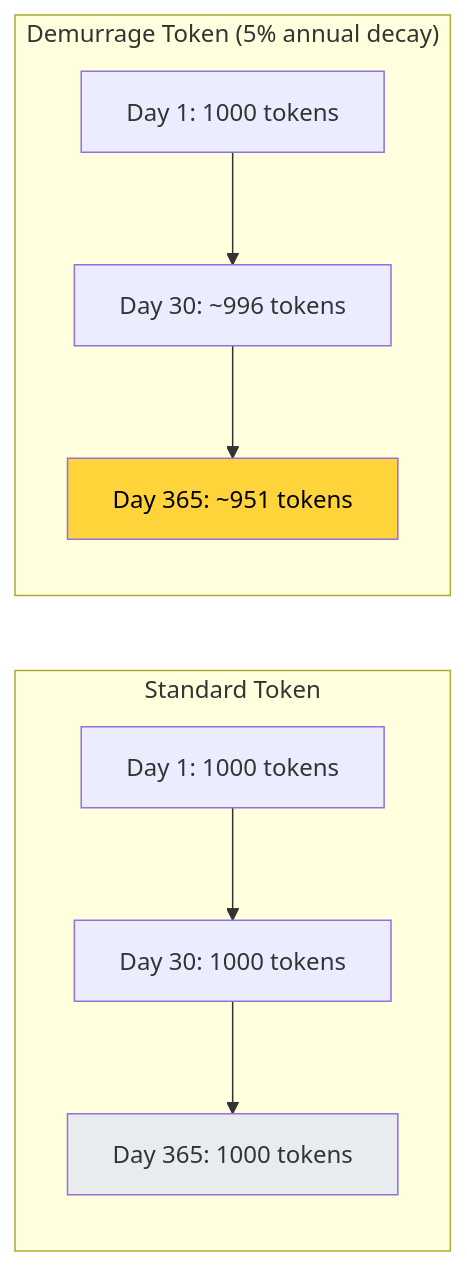
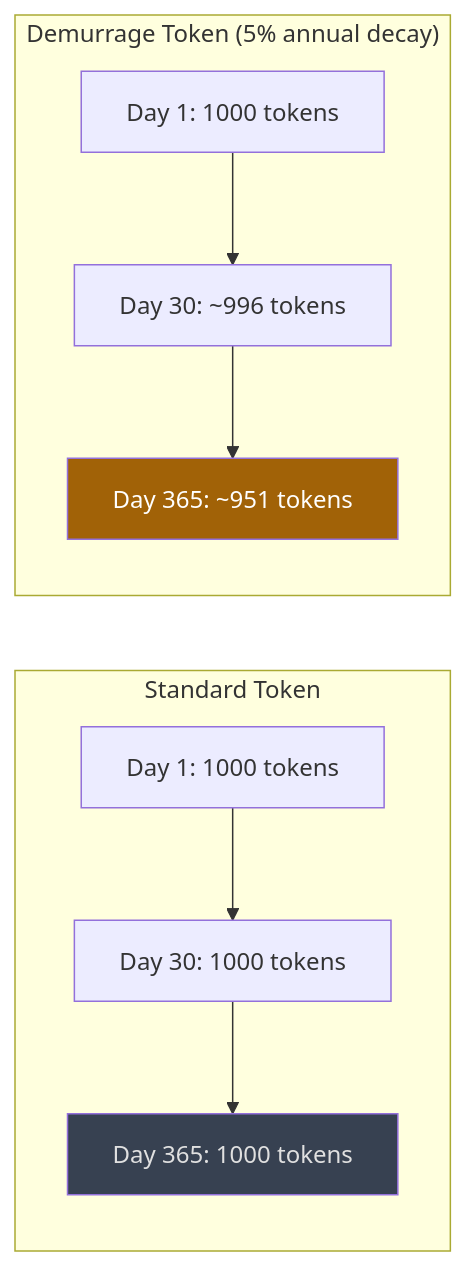
One commit to backproto/backproto changed diagram 13 of 16 in website/explainer.md. Above: the diagram before and after it, drawn with Mermaid. The commit also changed other lines of this file and 7 other files, not shown here.

First line of the commit message:
refactor(explainer): modernize diagrams and polish text

````diff
--- a/website/explainer.md
+++ b/website/explainer.md
@@ -428,15 +427,15 @@
 ```mermaid
 graph LR
     subgraph "Standard Token"
         A1["Day 1: 1000 tokens"] --> A2["Day 30: 1000 tokens"]
         A2 --> A3["Day 365: 1000 tokens"]
     end
 
     subgraph "Demurrage Token (5% annual decay)"
         B1["Day 1: 1000 tokens"] --> B2["Day 30: ~996 tokens"]
         B2 --> B3["Day 365: ~951 tokens"]
     end
 
-    style A3 fill:#e9ecef
-    style B3 fill:#ffd43b,color:#000
+    style A3 fill:#374151,color:#e0e0e0
+    style B3 fill:#a16207,color:#fff
 ```
````
